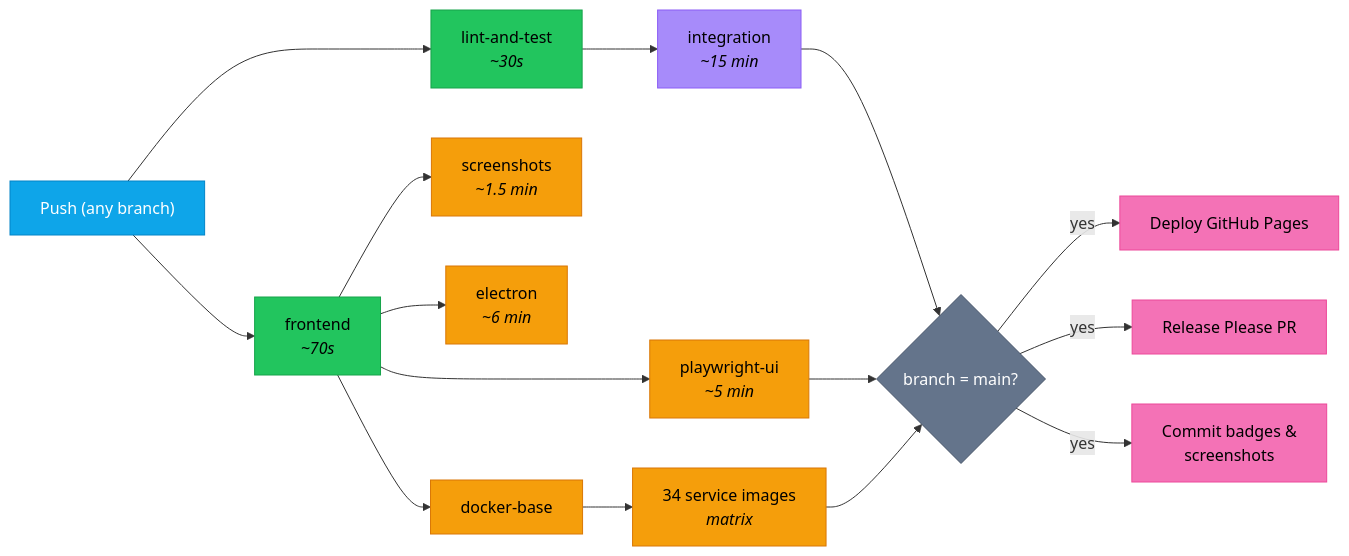
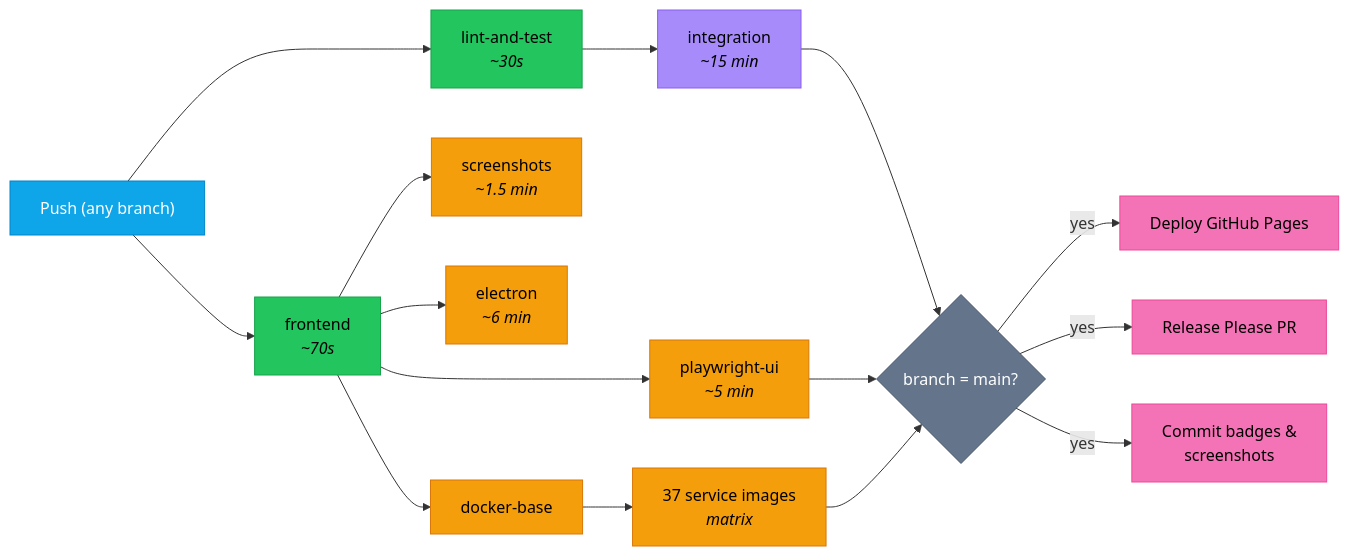
Before and after one commit to milesburton/veta-trading-platform: the diagram in docs/site/src/content/docs/development/ci-cd.md, drawn with Mermaid. The commit also changed other lines of this file and 3 other files, not shown here.

````diff
--- a/docs/site/src/content/docs/development/ci-cd.md
+++ b/docs/site/src/content/docs/development/ci-cd.md
@@ -12,31 +12,31 @@
 ```mermaid
 flowchart LR
   Push["Push (any branch)"]:::trigger
 
   Push --> Lint["lint-and-test<br/><i>~30s</i>"]:::test
   Push --> Frontend["frontend<br/><i>~70s</i>"]:::test
 
   Lint --> Integration["integration<br/><i>~15 min</i>"]:::heavy
 
   Frontend --> Playwright["playwright-ui<br/><i>~5 min</i>"]:::parallel
   Frontend --> Screenshots["screenshots<br/><i>~1.5 min</i>"]:::parallel
   Frontend --> Electron["electron<br/><i>~6 min</i>"]:::parallel
   Frontend --> DockerBase["docker-base"]:::parallel
 
-  DockerBase --> DockerMatrix["34 service images<br/><i>matrix</i>"]:::parallel
+  DockerBase --> DockerMatrix["37 service images<br/><i>matrix</i>"]:::parallel
 
   Integration --> MainCheck{"branch = main?"}:::decision
   Playwright --> MainCheck
   DockerMatrix --> MainCheck
 
   MainCheck -- "yes" --> Pages["Deploy GitHub Pages"]:::deploy
   MainCheck -- "yes" --> Release["Release Please PR"]:::deploy
   MainCheck -- "yes" --> Badges["Commit badges &<br/>screenshots"]:::deploy
 
   classDef trigger fill:#0ea5e9,stroke:#0284c7,color:#fff
   classDef test fill:#22c55e,stroke:#16a34a,color:#000
   classDef heavy fill:#a78bfa,stroke:#8b5cf6,color:#000
   classDef parallel fill:#f59e0b,stroke:#d97706,color:#000
   classDef decision fill:#64748b,stroke:#475569,color:#fff
   classDef deploy fill:#f472b6,stroke:#ec4899,color:#000
 ```
````
